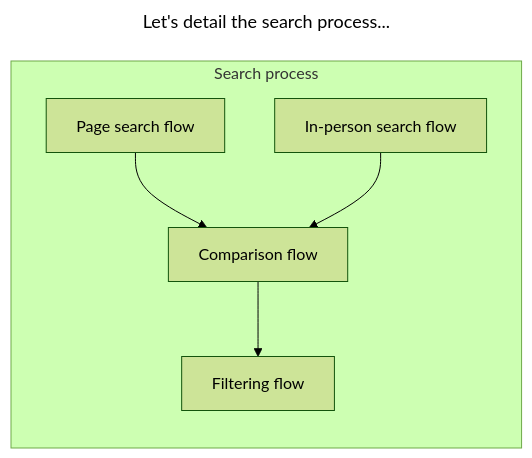
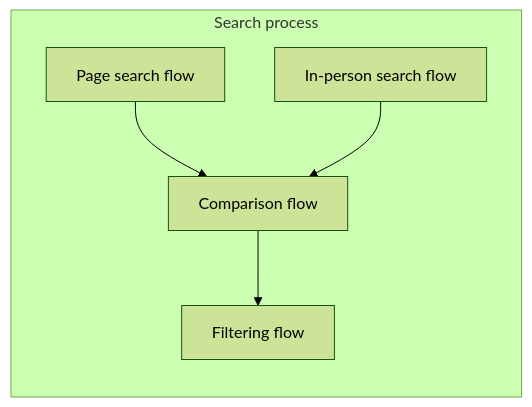
Before and after one commit to vslices/docs: the second of 3 diagrams in docs/en/products/glossary.md, drawn with Mermaid (forest theme). The commit also changed other lines of this file and 15 other files, not shown here.

````diff
--- a/docs/en/products/glossary.md
+++ b/docs/en/products/glossary.md
@@ -108,18 +110,15 @@
 ```mermaid
----
-title: Let's detail the search process...
----
 flowchart LR
   subgraph WorkProcessDetail1_1[Search process]
     WorkFlow1_1_1_1[Page search flow]
     WorkFlow1_1_1_2[In-person search flow]
 
     WorkFlow1_1_2[Comparison flow]
 
     WorkFlow1_1_3[Filtering flow]
 
     WorkFlow1_1_1_1 & WorkFlow1_1_1_2 --> WorkFlow1_1_2
     WorkFlow1_1_2 --> WorkFlow1_1_3
 
   end
 ```
````
